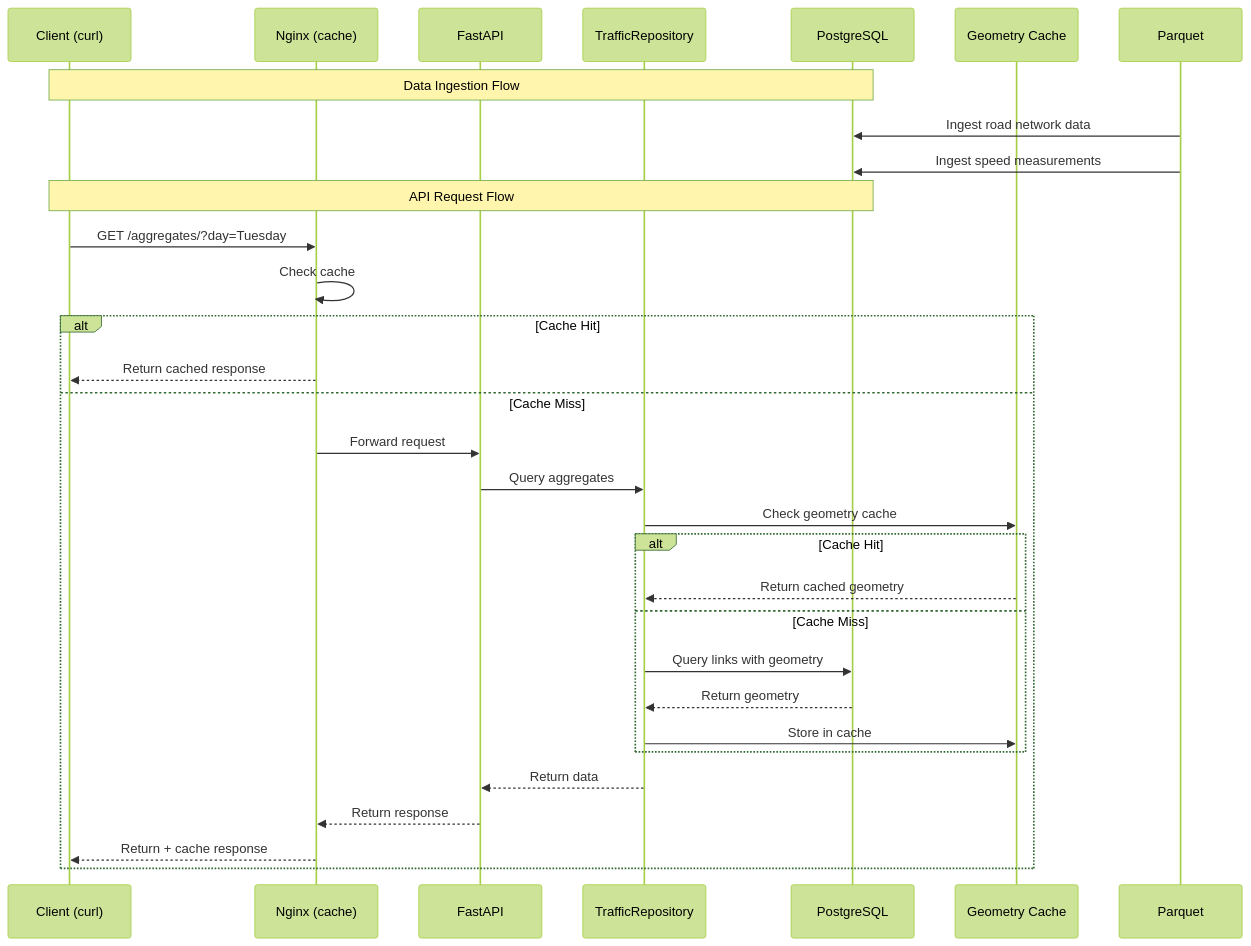
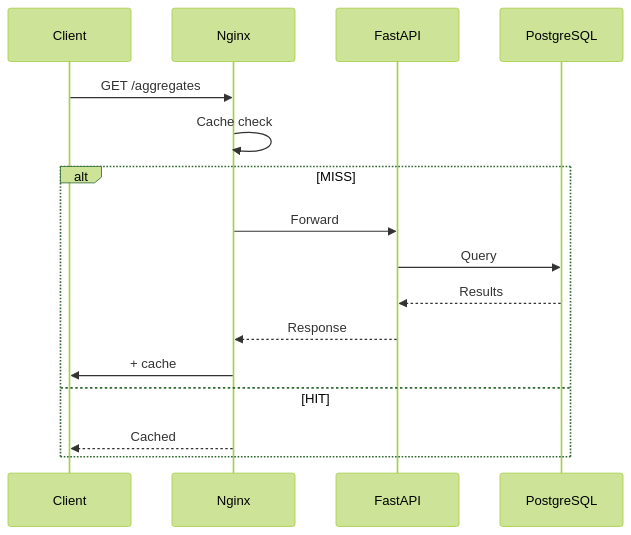
The second of 2 diagrams in README.md (iklobato/Traffic), drawn with Mermaid (forest theme) before and after one commit. The commit also changed other lines of this file, not shown here.

Commit message:
docs: simplify mermaid diagrams

````diff
--- a/README.md
+++ b/README.md
@@ -74,34 +28,19 @@
 ```mermaid
 sequenceDiagram
-    participant Client as Client (curl)
-    participant Nginx as Nginx (cache)
-    participant API as FastAPI
-    participant Repo as TrafficRepository
-    participant DB as PostgreSQL
-    participant Cache as Geometry Cache
-
-    Note over Client,DB: Data Ingestion Flow
-    Parquet->>DB: Ingest road network data
-    Parquet->>DB: Ingest speed measurements
-
-    Note over Client,DB: API Request Flow
-    Client->>Nginx: GET /aggregates/?day=Tuesday
-    Nginx->>Nginx: Check cache
-    alt Cache Hit
-        Nginx-->>Client: Return cached response
-    else Cache Miss
-        Nginx->>API: Forward request
-        API->>Repo: Query aggregates
-        Repo->>Cache: Check geometry cache
-        alt Cache Hit
-            Cache-->>Repo: Return cached geometry
-        else Cache Miss
-            Repo->>DB: Query links with geometry
-            DB-->>Repo: Return geometry
-            Repo->>Cache: Store in cache
-        end
-        Repo-->>API: Return data
-        API-->>Nginx: Return response
-        Nginx-->>Client: Return + cache response
+    participant C as Client
+    participant N as Nginx
+    participant A as FastAPI
+    participant D as PostgreSQL
+    
+    C->>N: GET /aggregates
+    N->>N: Cache check
+    alt MISS
+        N->>A: Forward
+        A->>D: Query
+        D-->>A: Results
+        A-->>N: Response
+        N->>C: + cache
+    else HIT
+        N-->>C: Cached
     end
 ```
````
